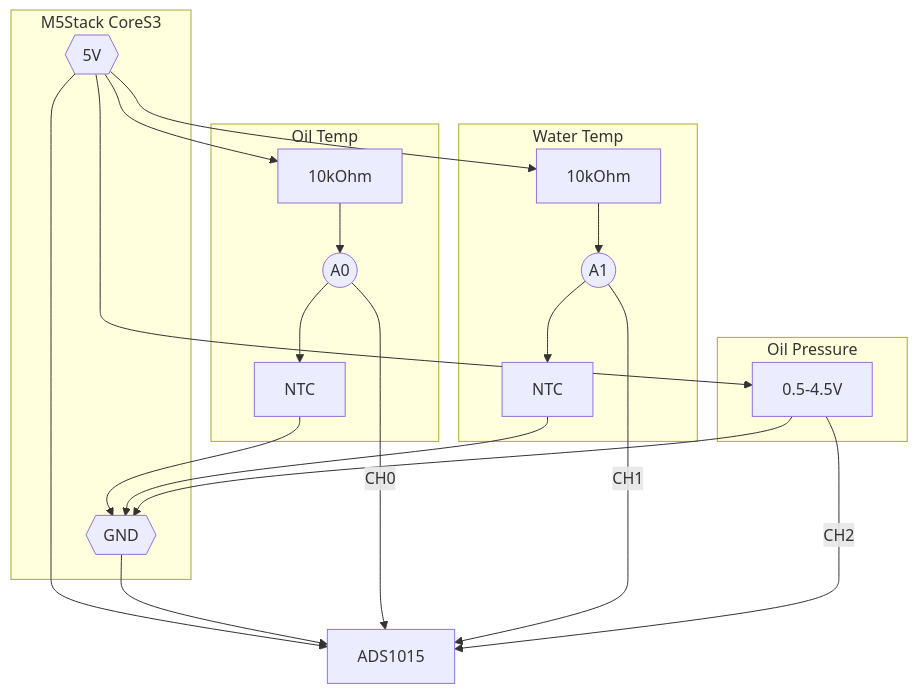
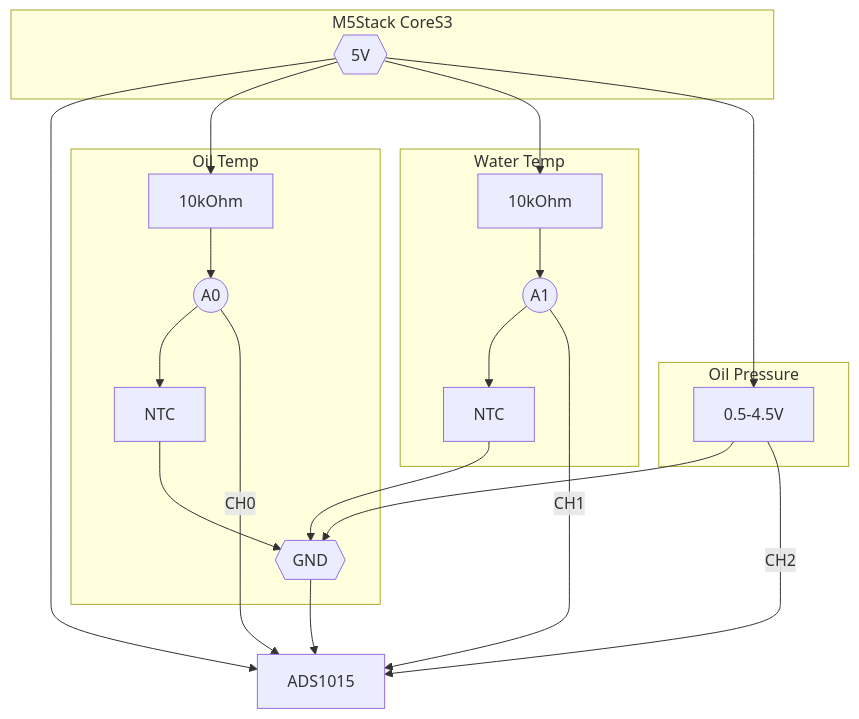
Before and after one commit to puriso/racing_guage: the diagram in README.md, drawn with Mermaid.

````diff
--- a/README.md
+++ b/README.md
@@ -47,34 +47,34 @@
 ```mermaid
 graph TD
     subgraph "M5Stack CoreS3"
         V5{{5V}}
-        GND{{GND}}
     end
+    GND{{GND}}
 
     ADS[ADS1015]
 
     V5 --> ADS
     GND --> ADS
 
     subgraph "Oil Temp"
         R1[10kOhm]
         NTC1[NTC]
         V5 --> R1 --> AN0((A0))
         AN0 --> NTC1 --> GND
     end
     AN0 -- CH0 --> ADS
 
     subgraph "Water Temp"
         R2[10kOhm]
         NTC2[NTC]
         V5 --> R2 --> AN1((A1))
         AN1 --> NTC2 --> GND
     end
     AN1 -- CH1 --> ADS
 
     subgraph "Oil Pressure"
         OilP["0.5-4.5V"]
         V5 --> OilP --> GND
     end
     OilP -- CH2 --> ADS
 ```
````
